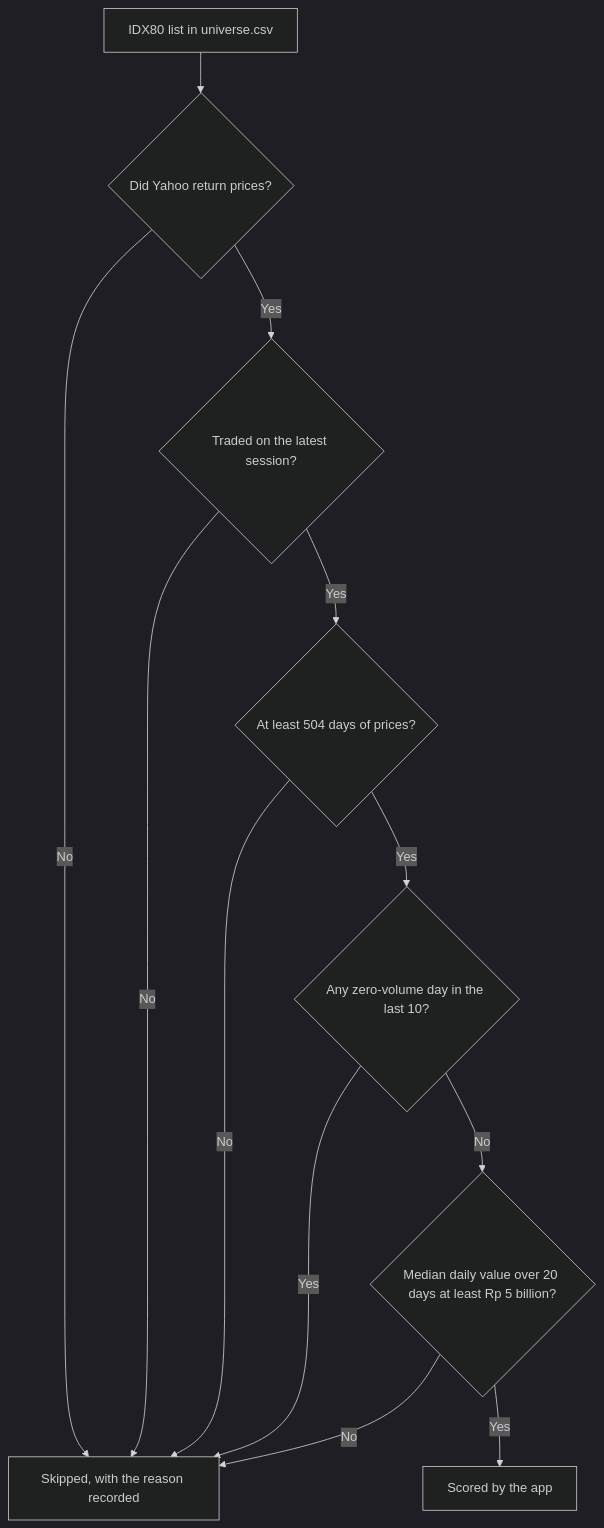
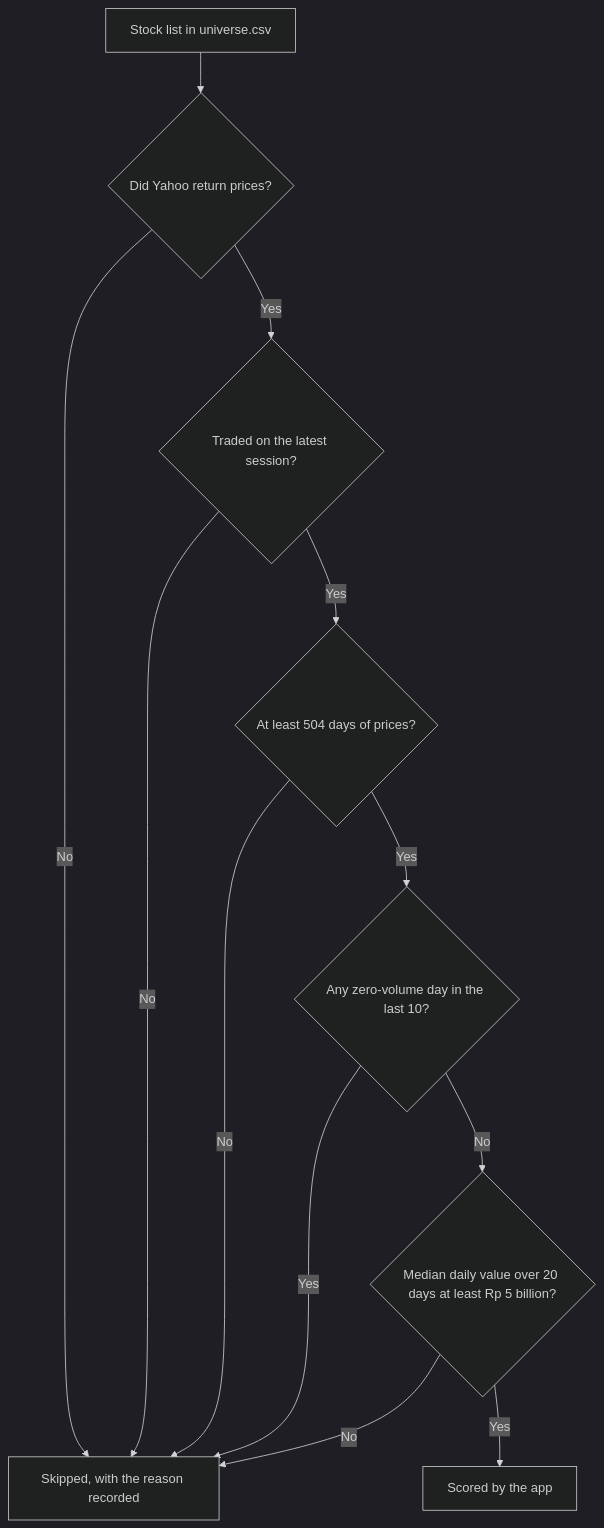
One commit to 642ways/IDX-Quantitative changed the second of 9 diagrams in README.md. Above: the diagram before and after it, drawn with Mermaid (dark theme). The commit also changed other lines of this file and 3 other files, not shown here.

First line of the commit message:
Add 57 liquid stocks to the stock list

````diff
--- a/README.md
+++ b/README.md
@@ -52,14 +52,14 @@
 ```mermaid
 flowchart TD
-    A["IDX80 list in universe.csv"] --> B{"Did Yahoo return prices?"}
+    A["Stock list in universe.csv"] --> B{"Did Yahoo return prices?"}
     B -- No --> X["Skipped, with the reason recorded"]
     B -- Yes --> C{"Traded on the latest session?"}
     C -- No --> X
     C -- Yes --> D{"At least 504 days of prices?"}
     D -- No --> X
     D -- Yes --> E{"Any zero-volume day in the last 10?"}
     E -- Yes --> X
     E -- No --> F{"Median daily value over 20 days at least Rp 5 billion?"}
     F -- No --> X
     F -- Yes --> G["Scored by the app"]
 ```
````
